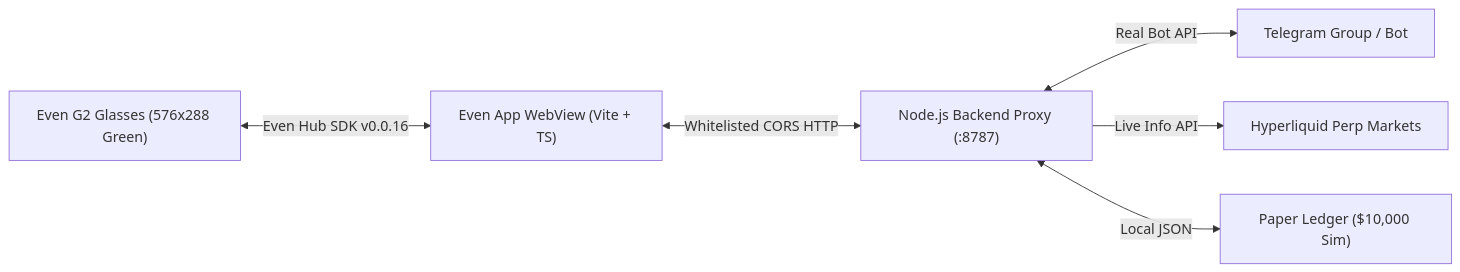
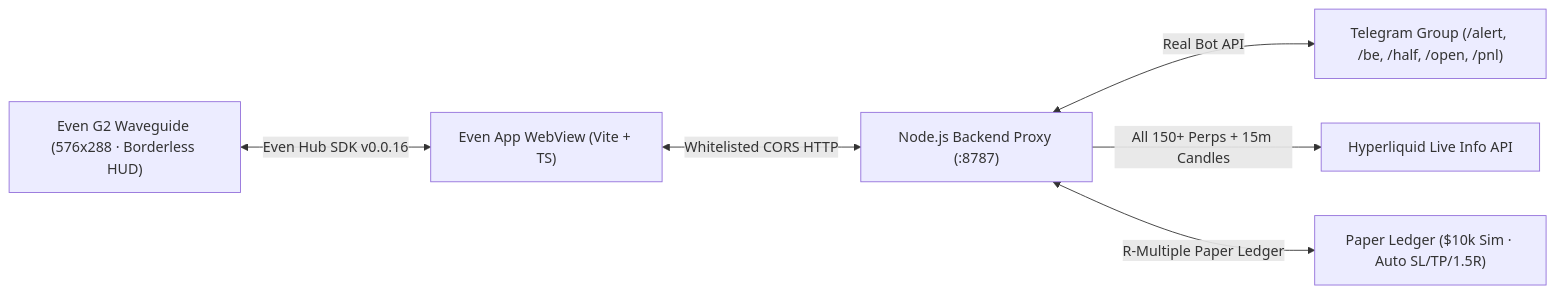
Before and after one commit to onetwoupped/even-g2-glancedesk: the diagram in README.md, drawn with Mermaid. The commit also changed other lines of this file and 16 other files, not shown here.

Commit message:
feat(v3): borderless AR HUD, 1.5R Break-Even management, 50% partial, 15m structure alerts across all 150+ Hyperliquid perps

````diff
--- a/README.md
+++ b/README.md
@@ -27,8 +25,8 @@
 ```mermaid
 flowchart LR
-  G2["Even G2 Glasses (576x288 Green)"] <-->|Even Hub SDK v0.0.16| WV["Even App WebView (Vite + TS)"]
+  G2["Even G2 Waveguide (576x288 · Borderless HUD)"] <-->|Even Hub SDK v0.0.16| WV["Even App WebView (Vite + TS)"]
   WV <-->|Whitelisted CORS HTTP| BE["Node.js Backend Proxy (:8787)"]
-  BE <-->|Real Bot API| TG["Telegram Group / Bot"]
-  BE -->|Live Info API| HL["Hyperliquid Perp Markets"]
-  BE <-->|Local JSON| PL["Paper Ledger ($10,000 Sim)"]
+  BE <-->|Real Bot API| TG["Telegram Group (/alert, /be, /half, /open, /pnl)"]
+  BE -->|All 150+ Perps + 15m Candles| HL["Hyperliquid Live Info API"]
+  BE <-->|R-Multiple Paper Ledger| PL["Paper Ledger ($10k Sim · Auto SL/TP/1.5R)"]
 ```
````
